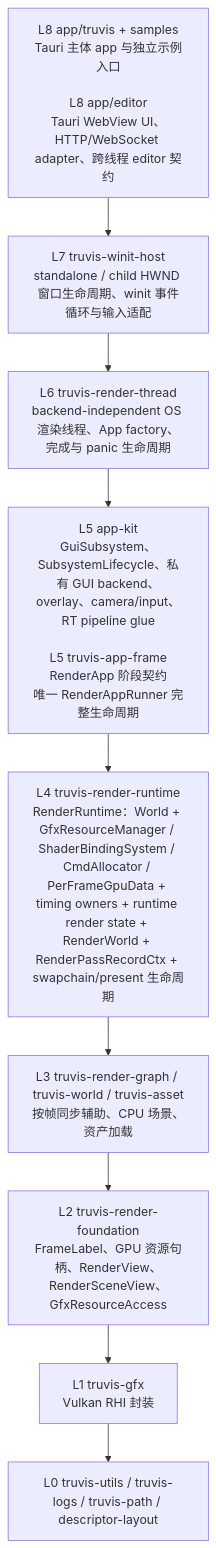
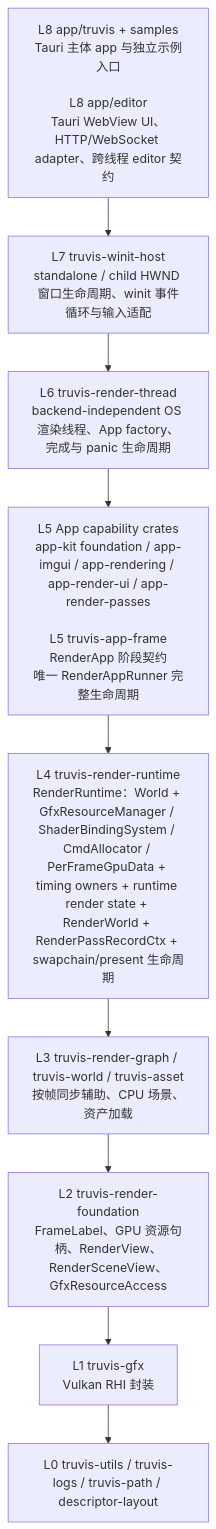
One commit to acccoco/TruvisRenderer changed the first of 3 diagrams in docs/summaries/layering-and-dependency-boundaries.md. Above: the diagram before and after it, drawn with Mermaid. The commit also changed other lines of this file and 85 other files, not shown here.

Commit message:
[refactor/app] 拆分 App crate 并统一 Subsystem 架构

````diff
--- a/docs/summaries/layering-and-dependency-boundaries.md
+++ b/docs/summaries/layering-and-dependency-boundaries.md
@@ -9,13 +9,13 @@
 ```mermaid
 flowchart TB
     L8["L8 app/truvis + samples<br/>Tauri 主体 app 与独立示例入口<br/><br/>L8 app/editor<br/>Tauri WebView UI、HTTP/WebSocket adapter、跨线程 editor 契约"]
     L7["L7 truvis-winit-host<br/>standalone / child HWND 窗口生命周期、winit 事件循环与输入适配"]
     L6["L6 truvis-render-thread<br/>backend-independent OS 渲染线程、App factory、完成与 panic 生命周期"]
-    L5["L5 app-kit<br/>GuiSubsystem、SubsystemLifecycle、私有 GUI backend、overlay、camera/input、RT pipeline glue<br/><br/>L5 truvis-app-frame<br/>RenderApp 阶段契约<br/>唯一 RenderAppRunner 完整生命周期"]
+    L5["L5 App capability crates<br/>app-kit foundation / app-imgui / app-rendering / app-render-ui / app-render-passes<br/><br/>L5 truvis-app-frame<br/>RenderApp 阶段契约<br/>唯一 RenderAppRunner 完整生命周期"]
     L4["L4 truvis-render-runtime<br/>RenderRuntime：World + GfxResourceManager / ShaderBindingSystem / CmdAllocator / PerFrameGpuData + timing owners + runtime render state + RenderWorld + RenderPassRecordCtx + swapchain/present 生命周期"]
     L3["L3 truvis-render-graph / truvis-world / truvis-asset<br/>按帧同步辅助、CPU 场景、资产加载"]
     L2["L2 truvis-render-foundation<br/>FrameLabel、GPU 资源句柄、RenderView、RenderSceneView、GfxResourceAccess"]
     L1["L1 truvis-gfx<br/>Vulkan RHI 封装"]
     L0["L0 truvis-utils / truvis-logs / truvis-path / descriptor-layout"]
     L8 --> L7 --> L6 --> L5 --> L4 --> L3 --> L2 --> L1 --> L0
 ```
````
